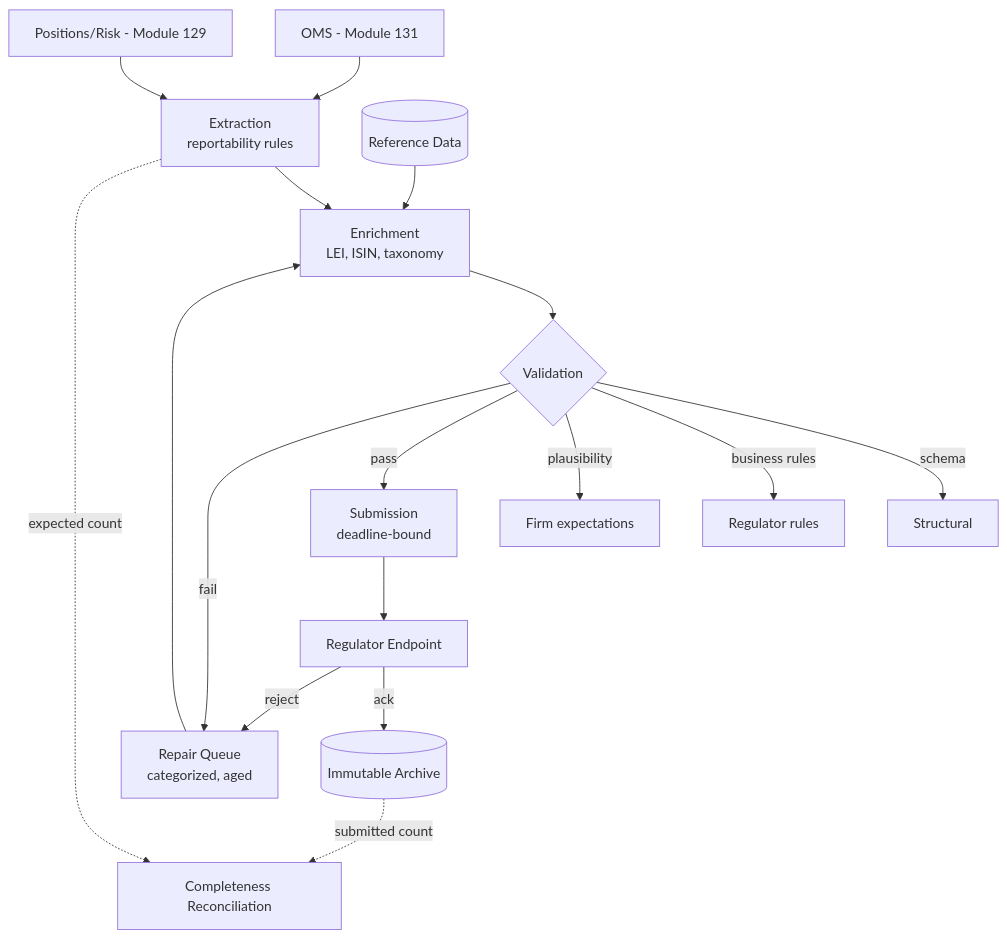
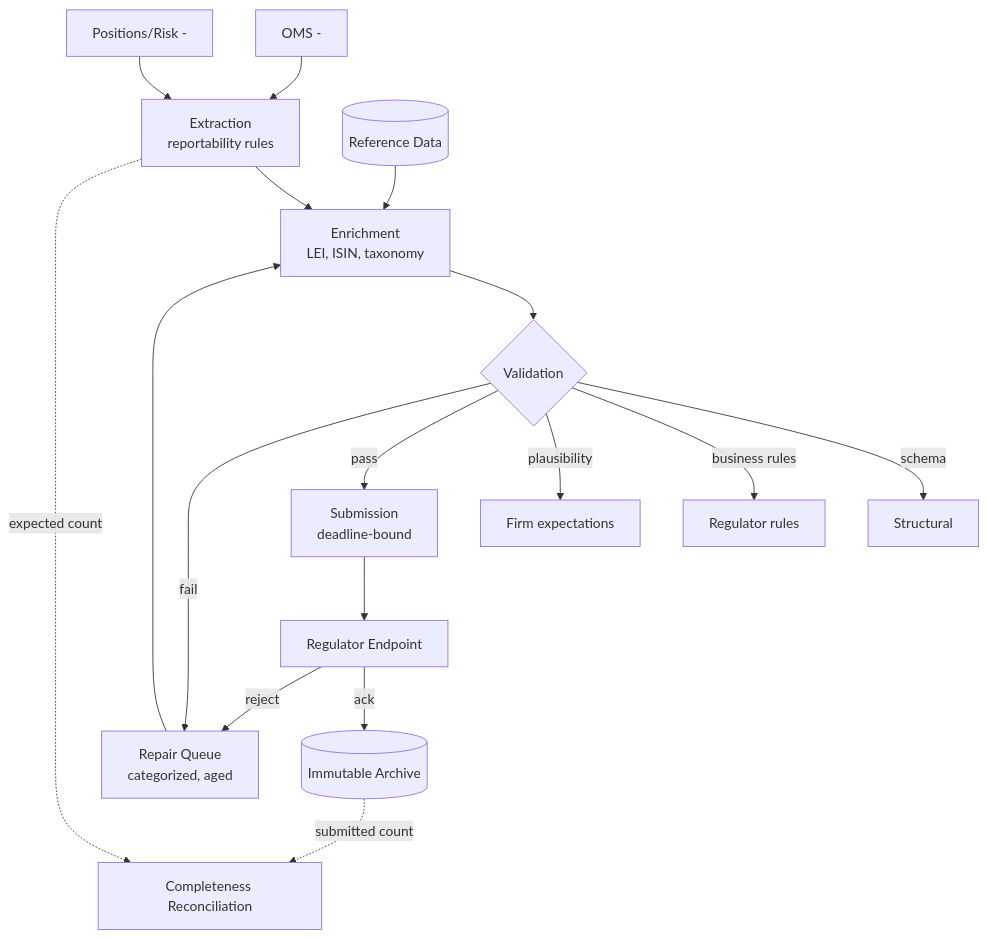
The first of 4 diagrams in 14-System-Design/13-Designing-Regulatory-Reporting-Pipeline.md (umashankarp/InterviewQuestions), drawn with Mermaid before and after one commit. The commit also changed other lines of this file and 173 other files, not shown here.

````diff
--- a/14-System-Design/13-Designing-Regulatory-Reporting-Pipeline.md
+++ b/14-System-Design/13-Designing-Regulatory-Reporting-Pipeline.md
@@ -71,19 +71,19 @@
 ```mermaid
 graph TB
-    OMS[OMS - Module 131] --> EXT[Extraction<br/>reportability rules]
-    POS[Positions/Risk - Module 129] --> EXT
-    EXT --> ENR[Enrichment<br/>LEI, ISIN, taxonomy]
-    REF[(Reference Data)] --> ENR
-    ENR --> VAL{Validation}
-    VAL -->|schema| V1[Structural]
-    VAL -->|business rules| V2[Regulator rules]
-    VAL -->|plausibility| V3[Firm expectations]
-    VAL -->|pass| SUB[Submission<br/>deadline-bound]
-    VAL -->|fail| REP[Repair Queue<br/>categorized, aged]
-    SUB --> REG[Regulator Endpoint]
-    REG -->|ack| ARC[(Immutable Archive)]
-    REG -->|reject| REP
-    REP --> ENR
-    EXT -.expected count.-> RECON[Completeness Reconciliation]
-    ARC -.submitted count.-> RECON
+ OMS[OMS -] --> EXT[Extraction<br/>reportability rules]
+ POS[Positions/Risk -] --> EXT
+ EXT --> ENR[Enrichment<br/>LEI, ISIN, taxonomy]
+ REF[(Reference Data)] --> ENR
+ ENR --> VAL{Validation}
+ VAL -->|schema| V1[Structural]
+ VAL -->|business rules| V2[Regulator rules]
+ VAL -->|plausibility| V3[Firm expectations]
+ VAL -->|pass| SUB[Submission<br/>deadline-bound]
+ VAL -->|fail| REP[Repair Queue<br/>categorized, aged]
+ SUB --> REG[Regulator Endpoint]
+ REG -->|ack| ARC[(Immutable Archive)]
+ REG -->|reject| REP
+ REP --> ENR
+ EXT -.expected count.-> RECON[Completeness Reconciliation]
+ ARC -.submitted count.-> RECON
 ```
````
